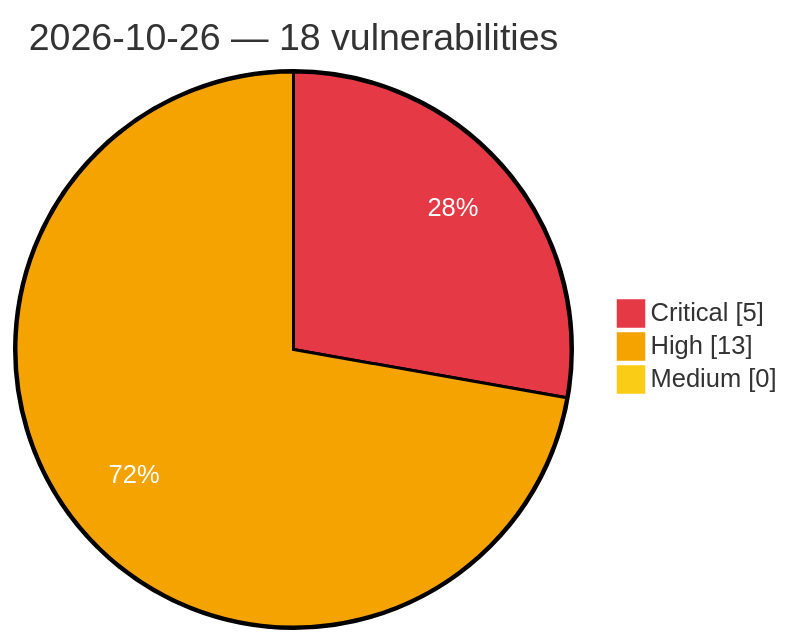
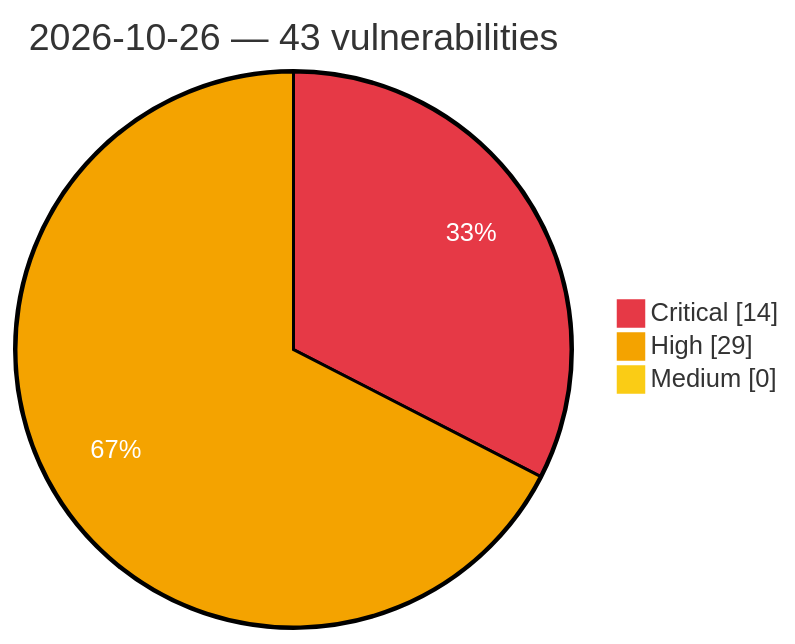
The diagram in vulnerabilities/2026/October/2026-10-26.md (GhostX0X/vuln-tracker), drawn with Mermaid before and after one commit. The commit also changed other lines of this file and 5 other files, not shown here.

Commit message:
Auto update: critical/high vulns (2026-10-26 17:30 UTC)

````diff
--- a/vulnerabilities/2026/October/2026-10-26.md
+++ b/vulnerabilities/2026/October/2026-10-26.md
@@ -3,8 +3,8 @@
 ```mermaid
 %%{init: {'theme':'base', 'themeVariables': {'pie1':'#e63946', 'pie2':'#f4a300', 'pie3':'#facc15', 'pieOpacity':'1', 'pieOuterStrokeWidth':'2px', 'pieSectionTextColor':'#ffffff'}}}%%
 pie showData
-    title 2026-10-26 — 18 vulnerabilities
-    "Critical" : 5
-    "High" : 13
+    title 2026-10-26 — 43 vulnerabilities
+    "Critical" : 14
+    "High" : 29
     "Medium" : 0
 ```
````
